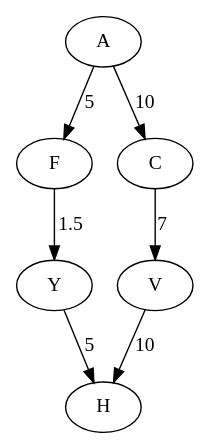
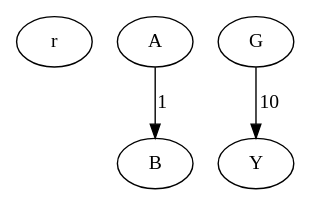
Before and after one commit to LerdPixel/mephi_labs: the diagram in lab4-sem3/graph.dot, drawn with Graphviz. The commit also changed 12 other files, not shown here.

```diff
--- a/lab4-sem3/graph.dot
+++ b/lab4-sem3/graph.dot
@@ -1,14 +1,9 @@
 digraph {
-V
+r
 A
-F
-H
+B
+G
 Y
-C
-V -> H[label="10"]
-A -> C[label="10"]
-A -> F[label="5"]
-F -> Y[label="1.5"]
-Y -> H[label="5"]
-C -> V[label="7"]
+A -> B[label="1"]
+G -> Y[label="10"]
 }
```
